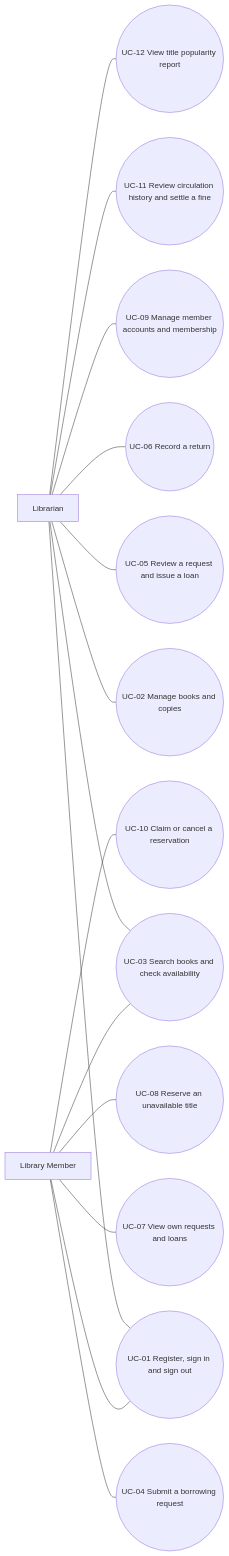
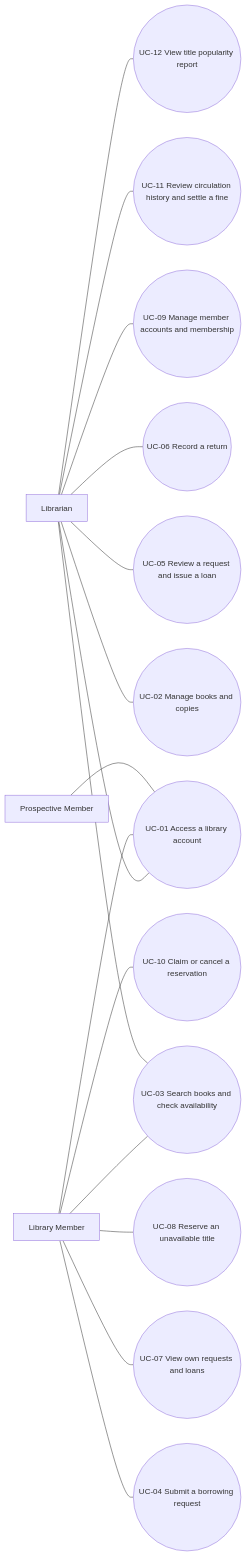
One commit to trithanh1577/261_72ITSE41704_2474802010400_E-Library changed the diagram in docs/design/use-case-diagram.mmd. Above: the diagram before and after it, drawn with Mermaid. The commit also changed 60 other files, not shown here.

```diff
--- a/docs/design/use-case-diagram.mmd
+++ b/docs/design/use-case-diagram.mmd
@@ -1,29 +1,31 @@
 flowchart LR
     L[Librarian]
     M[Library Member]
-    UC1((UC-01 Register, sign in and sign out))
+    P[Prospective Member]
+    UC1((UC-01 Access a library account))
     UC2((UC-02 Manage books and copies))
     UC3((UC-03 Search books and check availability))
     UC4((UC-04 Submit a borrowing request))
     UC5((UC-05 Review a request and issue a loan))
     UC6((UC-06 Record a return))
     UC7((UC-07 View own requests and loans))
     UC8((UC-08 Reserve an unavailable title))
     UC9((UC-09 Manage member accounts and membership))
     UC10((UC-10 Claim or cancel a reservation))
     UC11((UC-11 Review circulation history and settle a fine))
     UC12((UC-12 View title popularity report))
+    P --- UC1
+    M --- UC1
     L --- UC1
-    M --- UC1
     L --- UC2
     L --- UC3
     M --- UC3
     M --- UC4
     L --- UC5
     L --- UC6
     M --- UC7
     M --- UC8
     L --- UC9
     M --- UC10
     L --- UC11
     L --- UC12
```
